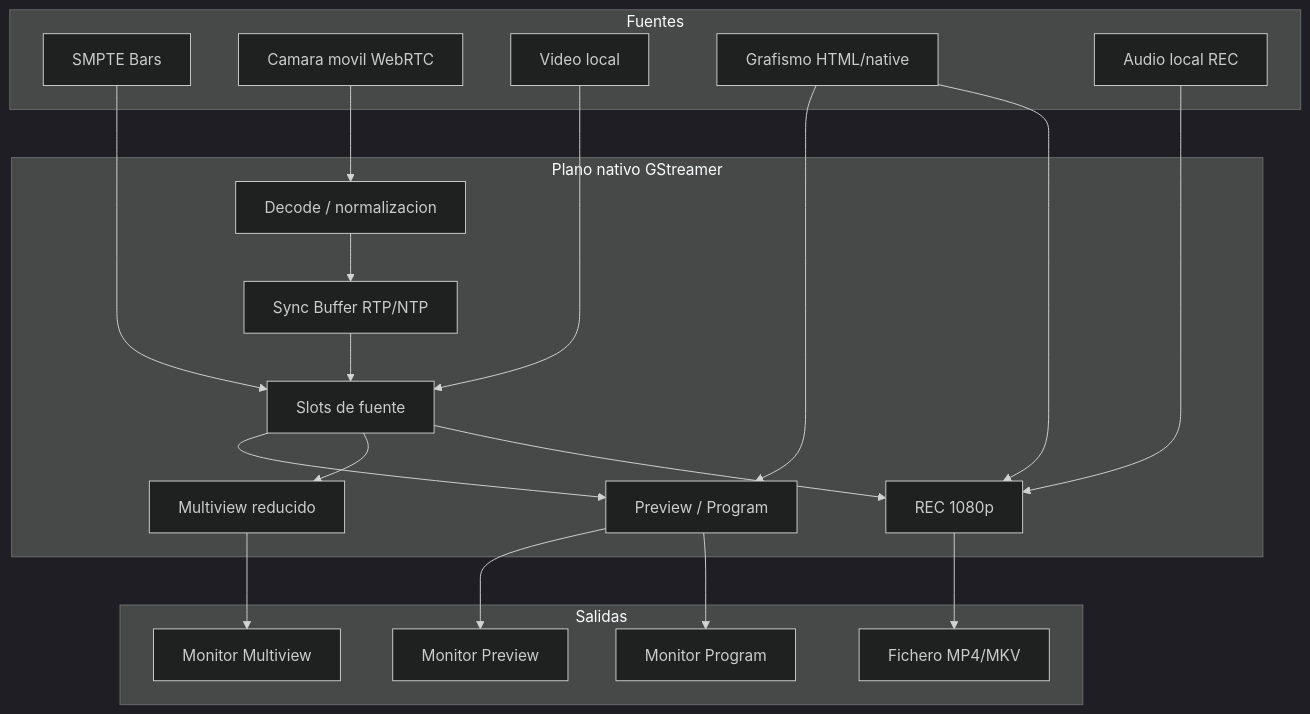
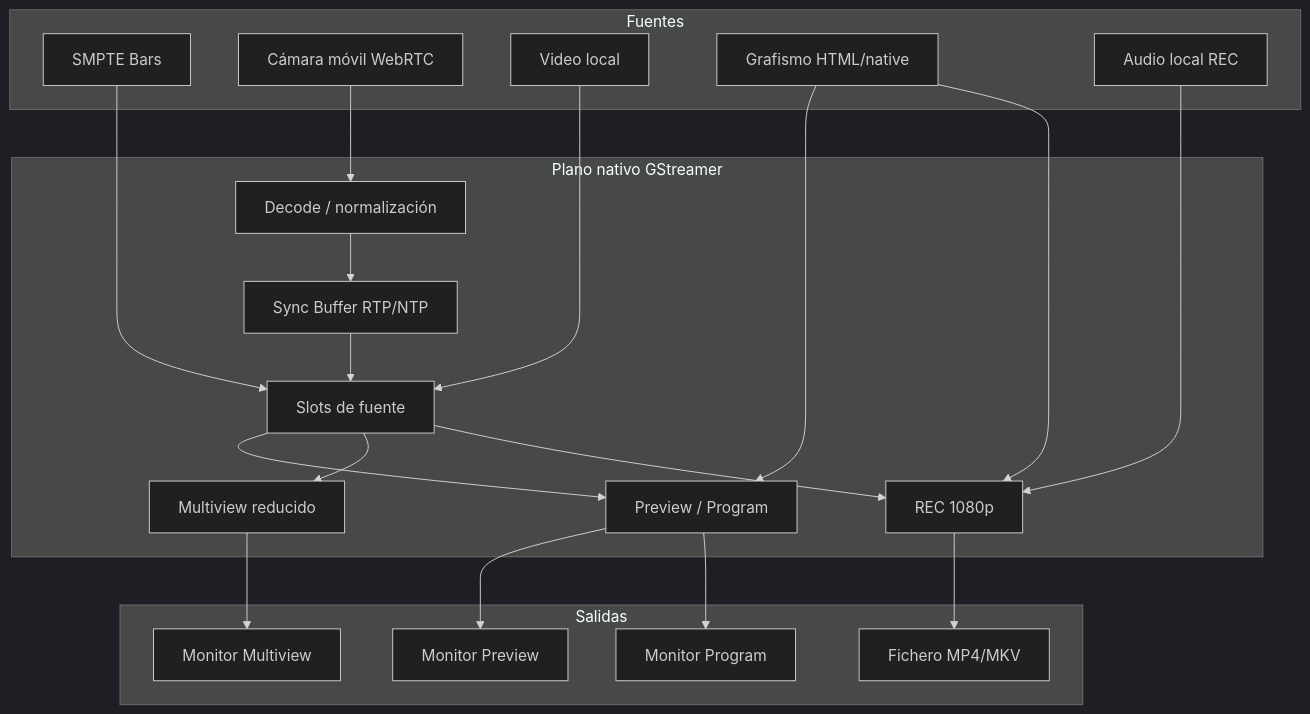
Before and after one commit to davidcolas30/OpenMix-CG: the first of 3 diagrams in Documentacion/Arquitectura/02-gstreamer-y-mixer.md, drawn with Mermaid (dark theme). The commit also changed other lines of this file and 17 other files, not shown here.

````diff
--- a/Documentacion/Arquitectura/02-gstreamer-y-mixer.md
+++ b/Documentacion/Arquitectura/02-gstreamer-y-mixer.md
@@ -49,40 +49,40 @@
 ```mermaid
 flowchart TB
     subgraph Sources["Fuentes"]
         Bars["SMPTE Bars"]
-        Mobile["Camara movil WebRTC"]
+        Mobile["Cámara móvil WebRTC"]
         Local["Video local"]
         Graphics["Grafismo HTML/native"]
         Audio["Audio local REC"]
     end
 
     subgraph Native["Plano nativo GStreamer"]
-        Decode["Decode / normalizacion"]
+        Decode["Decode / normalización"]
         Sync["Sync Buffer RTP/NTP"]
         Slots["Slots de fuente"]
         Mix["Preview / Program"]
         MV["Multiview reducido"]
         Rec["REC 1080p"]
     end
 
     subgraph Outputs["Salidas"]
         PVW["Monitor Preview"]
         PGM["Monitor Program"]
         MVSink["Monitor Multiview"]
         File["Fichero MP4/MKV"]
     end
 
     Mobile --> Decode --> Sync --> Slots
     Local --> Slots
     Bars --> Slots
     Slots --> Mix
     Slots --> MV
     Slots --> Rec
     Graphics --> Mix
     Graphics --> Rec
     Audio --> Rec
     Mix --> PVW
     Mix --> PGM
     MV --> MVSink
     Rec --> File
 ```
````
